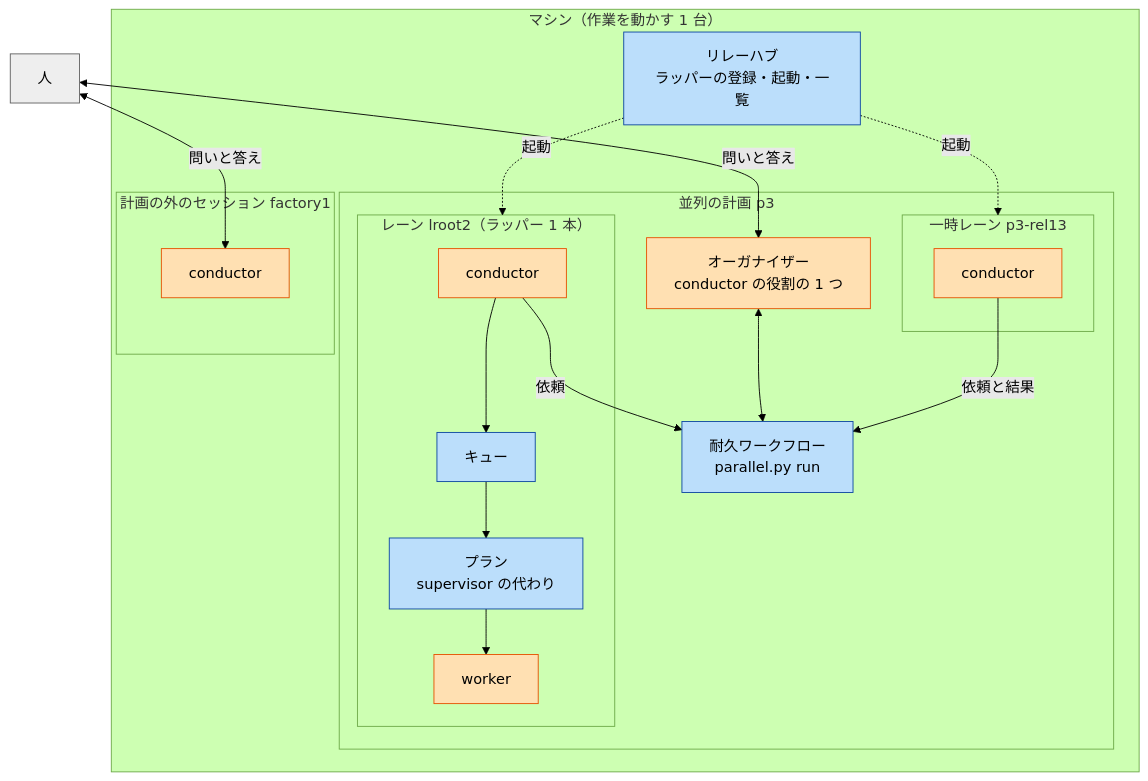
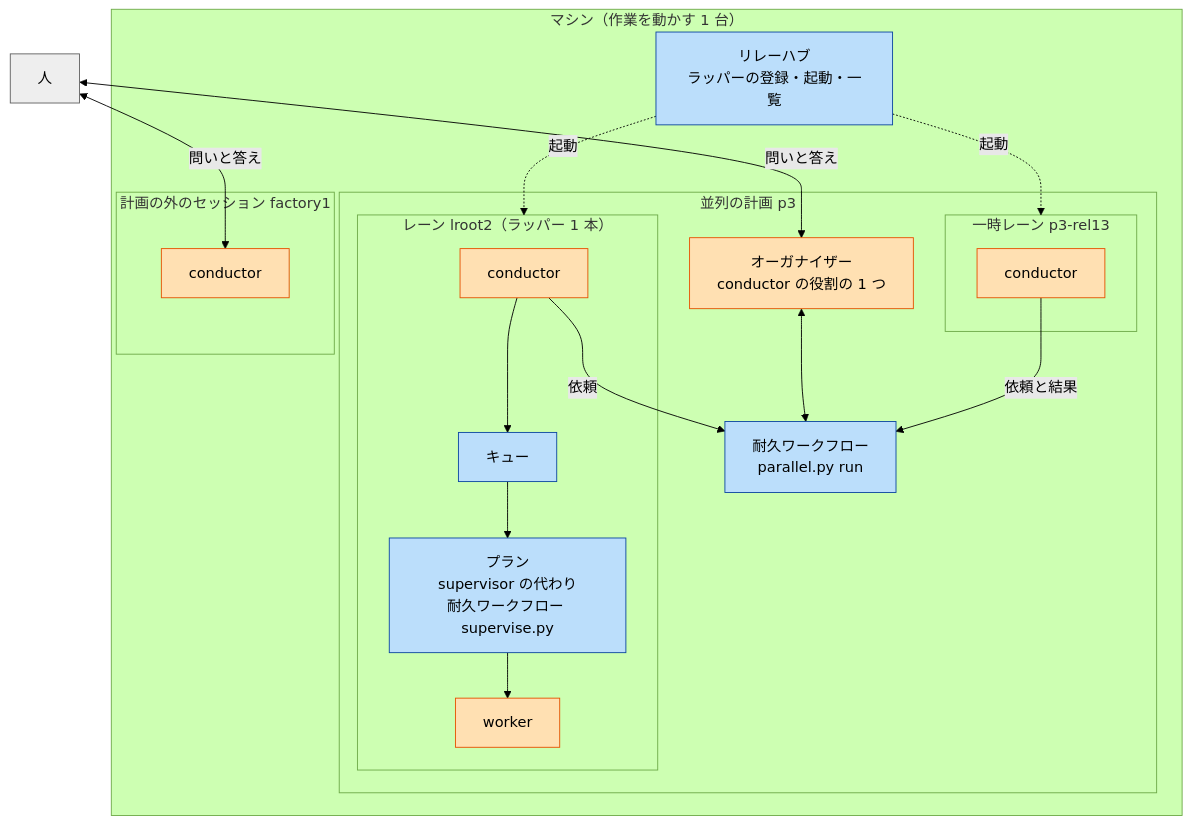
The first of 4 diagrams in docs/ndf-parallel-model.md (devbasex/ai-plugins), drawn with Mermaid (forest theme) before and after one commit. The commit also changed other lines of this file, not shown here.

Commit message:
Docs: プランが耐久ワークフローで動くことを図と表に書く
全体の図の耐久ワークフローが parallel.py run だけで、プランは耐久でないように読めた。
実装は supervise.py の plan_workflow・queue_workflow で耐久ワークフローを使う。

Claude-Session: https://claude.ai/code/session_01MLNyzWqwfnMgxcXMiVawA5

````diff
--- a/docs/ndf-parallel-model.md
+++ b/docs/ndf-parallel-model.md
@@ -26,38 +26,38 @@
 ```mermaid
 flowchart TB
     H["人"]
     subgraph M["マシン（作業を動かす 1 台）"]
         HUB["リレーハブ<br/>ラッパーの登録・起動・一覧"]
         subgraph P["並列の計画 p3"]
             O["オーガナイザー<br/>conductor の役割の 1 つ"]
             DW["耐久ワークフロー<br/>parallel.py run"]
             subgraph L1["レーン lroot2（ラッパー 1 本）"]
                 C1["conductor"]
                 Q1["キュー"]
-                PL1["プラン<br/>supervisor の代わり"]
+                PL1["プラン<br/>supervisor の代わり<br/>耐久ワークフロー supervise.py"]
                 W1["worker"]
             end
             subgraph L2["一時レーン p3-rel13"]
                 C2["conductor"]
             end
         end
         subgraph X["計画の外のセッション factory1"]
             C3["conductor"]
         end
     end
     H <-->|"問いと答え"| O
     H <-->|"問いと答え"| C3
     O <--> DW
     C1 -->|"依頼"| DW
     C2 -->|"依頼と結果"| DW
     C1 --> Q1 --> PL1 --> W1
     HUB -.->|"起動"| L1
     HUB -.->|"起動"| L2
     classDef ai fill:#ffe0b2,stroke:#e65100,color:#000
     classDef script fill:#bbdefb,stroke:#0d47a1,color:#000
     classDef mixed fill:#e1bee7,stroke:#4a148c,color:#000
     classDef other fill:#eeeeee,stroke:#616161,color:#000
     class O,C1,C2,C3,W1 ai
     class HUB,DW,Q1,PL1 script
     class H other
 ```
````
